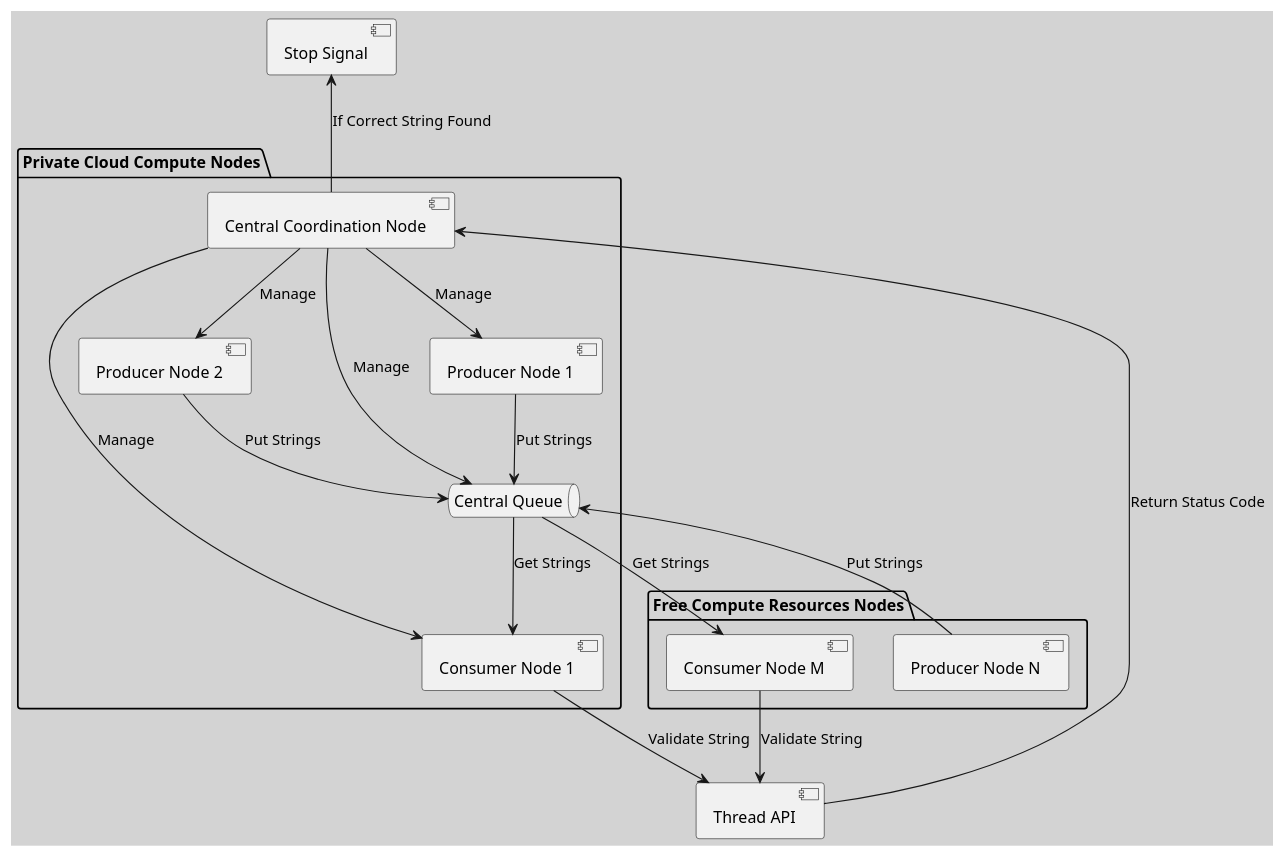
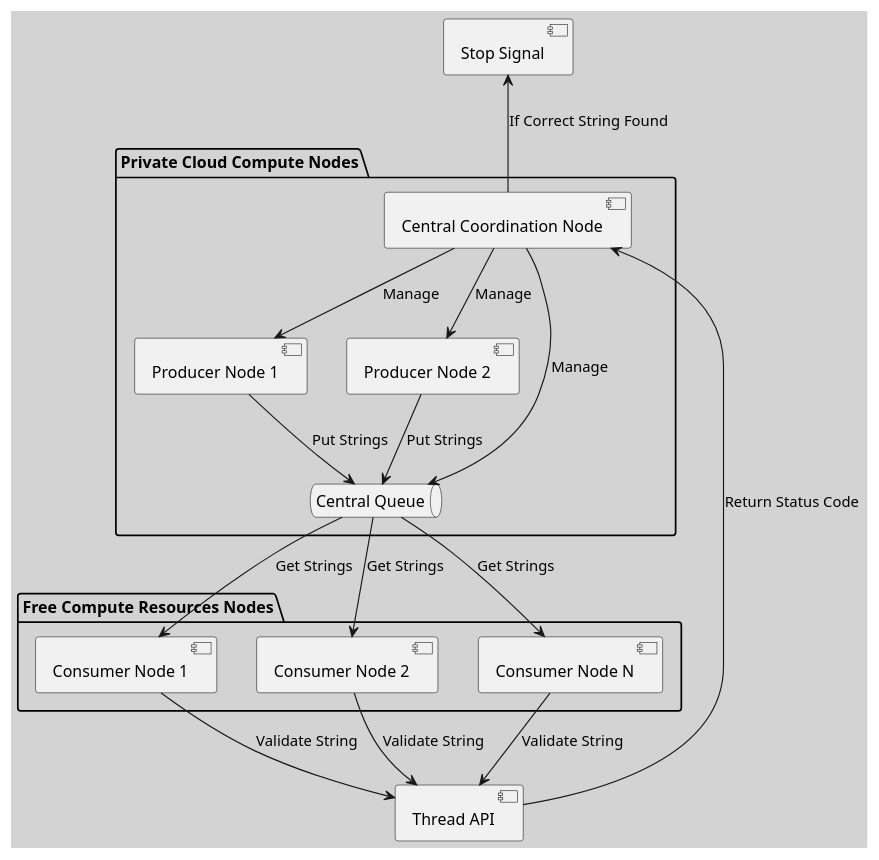
The diagram in interview_questions/distributed_string_guesser_architecture.puml (huangyingw/system_design), drawn with PlantUML before and after one commit.

```diff
--- a/interview_questions/distributed_string_guesser_architecture.puml
+++ b/interview_questions/distributed_string_guesser_architecture.puml
@@ -1,38 +1,38 @@
 @startuml
 skinparam backgroundColor #D3D3D3
 
 package "Private Cloud Compute Nodes" {
     [Central Coordination Node] as Coordinator
     [Producer Node 1] as PrivateProducer1
     [Producer Node 2] as PrivateProducer2
-    [Consumer Node 1] as PrivateConsumer1
     queue "Central Queue" as Queue
 }
 
 package "Free Compute Resources Nodes" {
-    [Producer Node N] as FreeProducerN
-    [Consumer Node M] as FreeConsumerM
+    [Consumer Node 1] as FreeConsumer1
+    [Consumer Node 2] as FreeConsumer2
+    [Consumer Node N] as FreeConsumerN
 }
     
 [Thread API] as API
 
 Coordinator --> PrivateProducer1 : Manage
 Coordinator --> PrivateProducer2 : Manage
-Coordinator --> PrivateConsumer1 : Manage
 Coordinator --> Queue : Manage
     
 PrivateProducer1 --> Queue : Put Strings
 PrivateProducer2 --> Queue : Put Strings
-FreeProducerN --> Queue : Put Strings
 
-Queue --> PrivateConsumer1 : Get Strings
-Queue --> FreeConsumerM : Get Strings
+Queue --> FreeConsumer1 : Get Strings
+Queue --> FreeConsumer2 : Get Strings
+Queue --> FreeConsumerN : Get Strings
 
-PrivateConsumer1 --> API : Validate String
-FreeConsumerM --> API : Validate String
+FreeConsumer1 --> API : Validate String
+FreeConsumer2 --> API : Validate String
+FreeConsumerN --> API : Validate String
 
 API --> Coordinator : Return Status Code
 
 Coordinator -up-> [Stop Signal] : If Correct String Found
 
 @enduml
```
